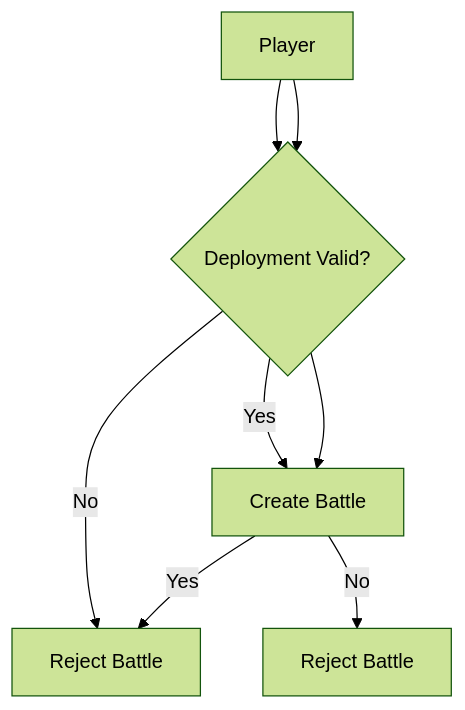
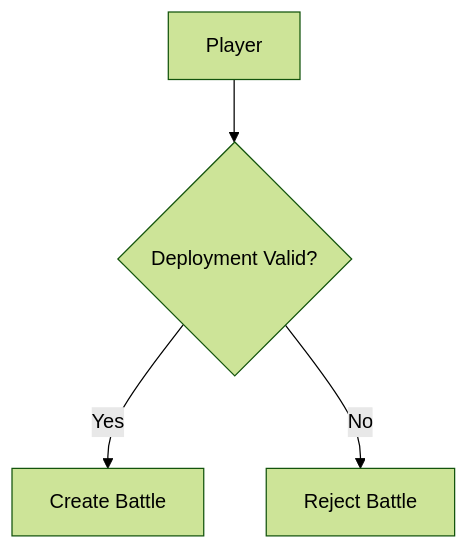
One commit to HarryJHilton/forge-database changed the diagram in docs/battle-resolution-flow.md. Above: the diagram before and after it, drawn with Mermaid (forest theme).

Commit message:
Revise battle resolution flowchart
Updated battle resolution flowchart to reflect player selection process.

````diff
--- a/docs/battle-resolution-flow.md
+++ b/docs/battle-resolution-flow.md
@@ -3,22 +3,12 @@
 ```mermaid
 
 flowchart TD
-
-A[Player Selects Army]
-
-A --> B[Load Troop Deployment]
-
-B --> C{Deployment Valid?}
-
-C -->|Yes| D[Create Battle]
-
-C -->|No| E[Reject Battle]
 
 A[Player]
 A --> B{Deployment Valid?}
 
 B -->|Yes| C[Create Battle]
 B -->|No| D[Reject Battle]
 
 
 ```
````
